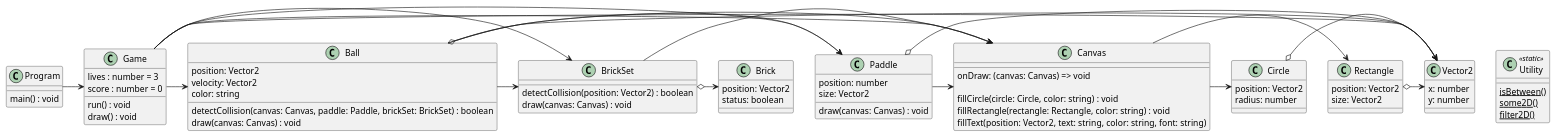
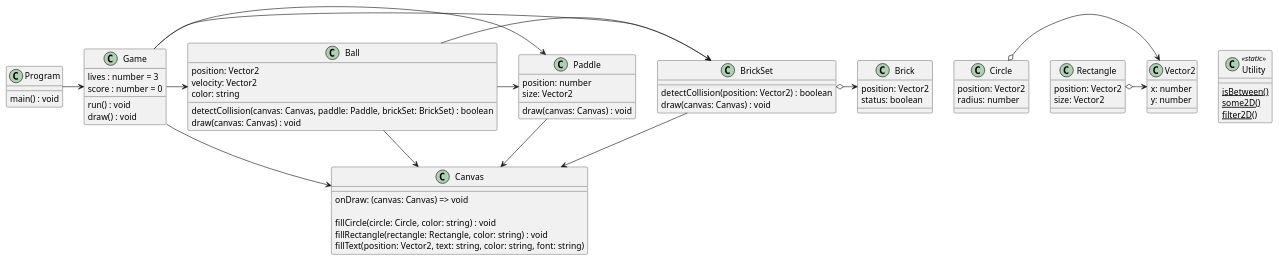
One commit to Fujiwo/Breakout.js changed the diagram in Documents/PlantUML/oobreakout.js.puml. Above: the diagram before and after it, drawn with PlantUML. The commit also changed 2 other files, not shown here.

Commit message:
Add class diagram by PlantUml

```diff
--- a/Documents/PlantUML/oobreakout.js.puml
+++ b/Documents/PlantUML/oobreakout.js.puml
@@ -1,75 +1,75 @@
 @startuml
 
 class Program {
     main() : void
 }
 class Game {
     lives : number = 3
     score : number = 0
     run() : void
     draw() : void
 }
 class Ball {
     position: Vector2
     velocity: Vector2
     color: string
     detectCollision(canvas: Canvas, paddle: Paddle, brickSet: BrickSet) : boolean
     draw(canvas: Canvas) : void
 }
 class BrickSet {
     detectCollision(position: Vector2) : boolean
     draw(canvas: Canvas) : void
 }
 class Brick {
     position: Vector2
     status: boolean
 }
 class Paddle {
     position: number
     size: Vector2
     draw(canvas: Canvas) : void
 }
 class Canvas {
     onDraw: (canvas: Canvas) => void
 
     fillCircle(circle: Circle, color: string) : void
     fillRectangle(rectangle: Rectangle, color: string) : void
     fillText(position: Vector2, text: string, color: string, font: string)
 }
 class Rectangle {
     position: Vector2
     size: Vector2
 }
 class Circle {
     position: Vector2
     radius: number
 }
 class Vector2 {
     x: number
     y: number
 }
 class Utility <<static>> {
     {static} isBetween()
     {static} some2D()
     {static} filter2D()
 }
 Program -> Game
-Canvas -> Rectangle
-Canvas -> Circle
+' Canvas -> Rectangle
+' Canvas -> Circle
 Circle o-> Vector2
 Rectangle o-> Vector2
-Paddle o-> Vector2
-Paddle -> Canvas
+' Paddle o-> Vector2
+Paddle --> Canvas
 BrickSet o-> Brick
-BrickSet -> Canvas
-Ball o-> Vector2
-Ball -> Canvas
+BrickSet --> Canvas
+' Ball o-> Vector2
+Ball --> Canvas
 Ball -> BrickSet
 Ball -> Paddle
-Game -> Vector2
+' Game -> Vector2
 Game -> Canvas
 Game -> BrickSet
 Game -> Paddle
 Game -> Ball
 
 @enduml
```
